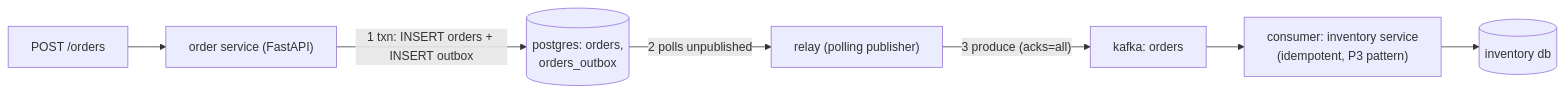
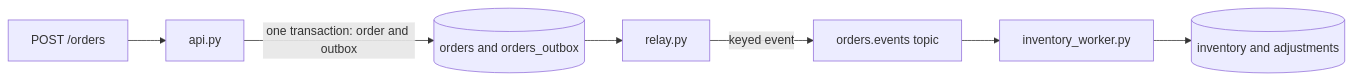
Before and after one commit to dineshpabbi10/system-design-handson: the diagram in docs/03-projects/p04-outbox-polling.md, drawn with Mermaid. The commit also changed other lines of this file and 14 other files, not shown here.

````diff
--- a/docs/03-projects/p04-outbox-polling.md
+++ b/docs/03-projects/p04-outbox-polling.md
@@ -10,9 +10,9 @@
 ```mermaid
 flowchart LR
-    C["POST /orders"] --> API["order service (FastAPI)"]
-    API -->|"1 txn: INSERT orders + INSERT outbox"| DB[("postgres: orders,<br/>orders_outbox")]
-    DB -->|"2 polls unpublished"| R["relay (polling publisher)"]
-    R -->|"3 produce (acks=all)"| K["kafka: orders"]
-    K --> W["consumer: inventory service<br/>(idempotent, P3 pattern)"]
-    W --> IDB[("inventory db")]
+    C["POST /orders"] --> A["api.py"]
+    A -->|"one transaction: order and outbox"| D[("orders and orders_outbox")]
+    D --> R["relay.py"]
+    R -->|"keyed event"| K["orders.events topic"]
+    K --> W["inventory_worker.py"]
+    W --> I[("inventory and adjustments")]
 ```
````
